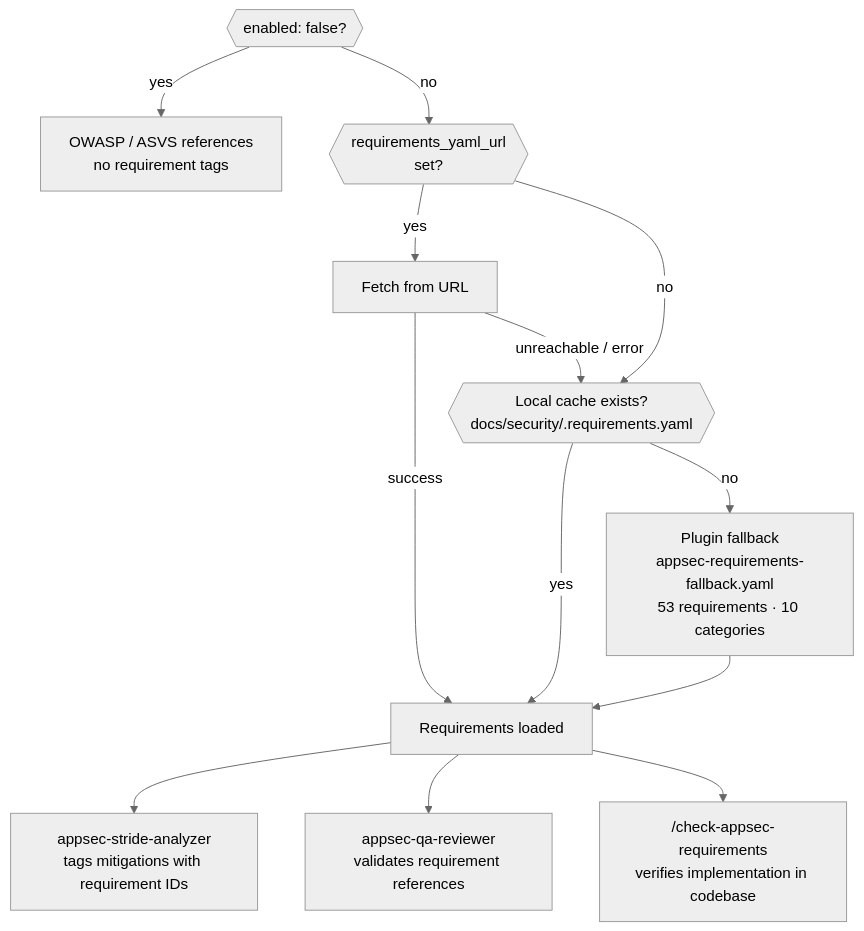
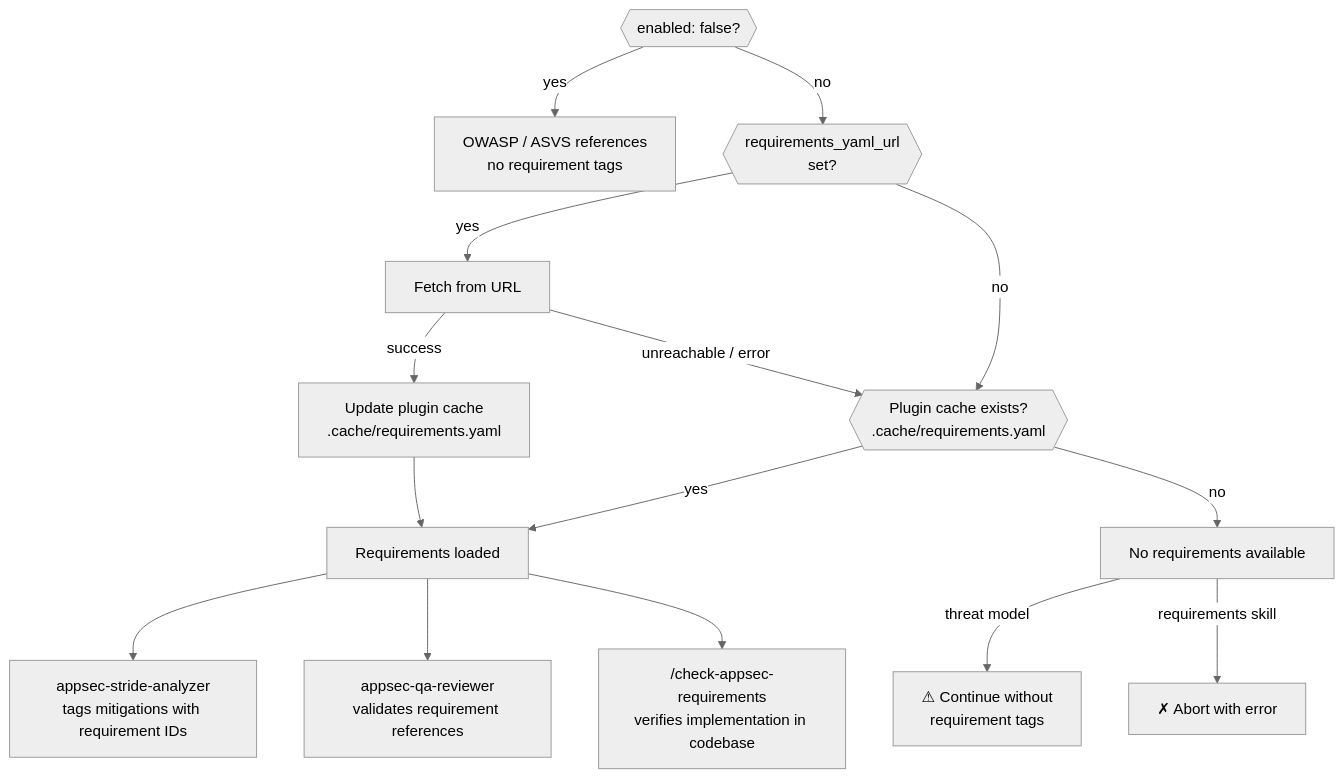
The second of 2 diagrams in README.md (appsec-foundry/appsec-analyzer), drawn with Mermaid (neutral theme) before and after one commit. The commit also changed other lines of this file and 14 other files, not shown here.

````diff
--- a/README.md
+++ b/README.md
@@ -318,22 +471,25 @@
 ```mermaid
 flowchart TD
     EN{{"enabled: false?"}}
     EN -->|yes| OW["OWASP / ASVS references\nno requirement tags"]
     EN -->|no| URL
 
     URL{{"requirements_yaml_url\nset?"}}
     URL -->|yes| FETCH["Fetch from URL"]
     URL -->|no| CACHE
 
-    FETCH -->|success| OK
+    FETCH -->|success| WRITE["Update plugin cache\n.cache/requirements.yaml"]
     FETCH -->|"unreachable / error"| CACHE
+    WRITE --> OK
 
-    CACHE{{"Local cache exists?\ndocs/security/.requirements.yaml"}}
+    CACHE{{"Plugin cache exists?\n.cache/requirements.yaml"}}
     CACHE -->|yes| OK
-    CACHE -->|no| FB["Plugin fallback\nappsec-requirements-fallback.yaml\n53 requirements · 10 categories"]
-    FB --> OK
+    CACHE -->|no| FAIL["No requirements available"]
+
+    FAIL -->|"threat model"| WARN["⚠ Continue without\nrequirement tags"]
+    FAIL -->|"requirements skill"| ABORT["✗ Abort with error"]
 
     OK["Requirements loaded"] --> SA["appsec-stride-analyzer\ntags mitigations with requirement IDs"]
     OK --> QA["appsec-qa-reviewer\nvalidates requirement references"]
     OK --> CHK["/check-appsec-requirements\nverifies implementation in codebase"]
 ```
````
